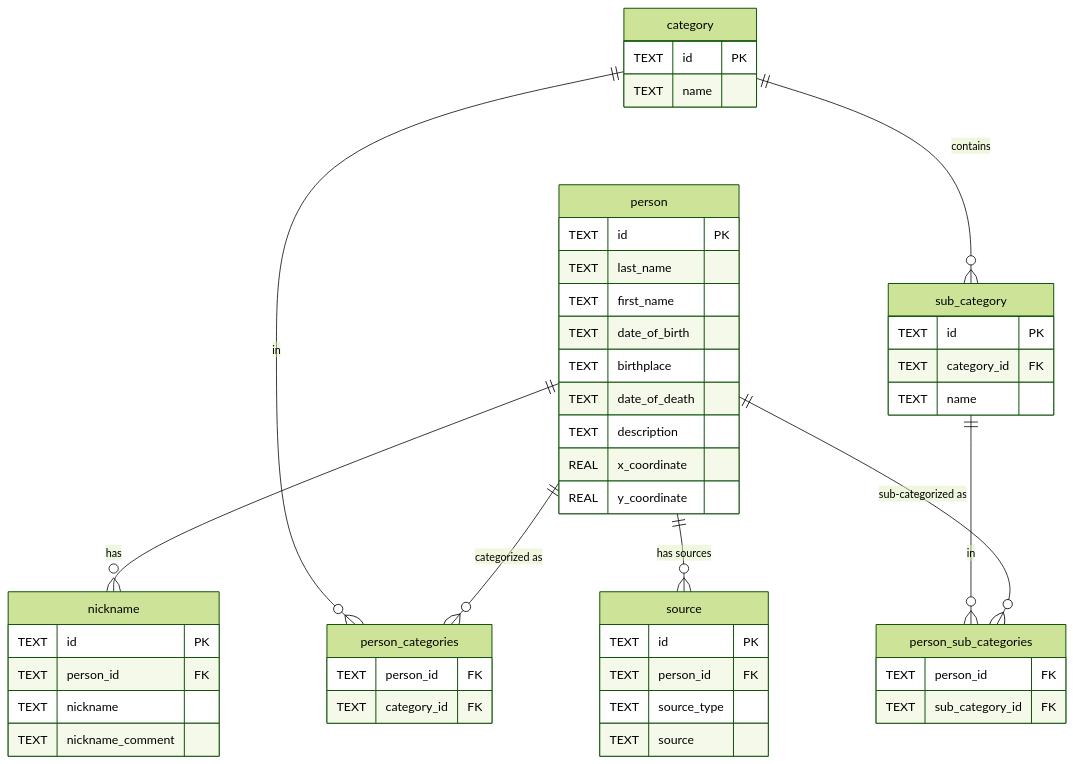
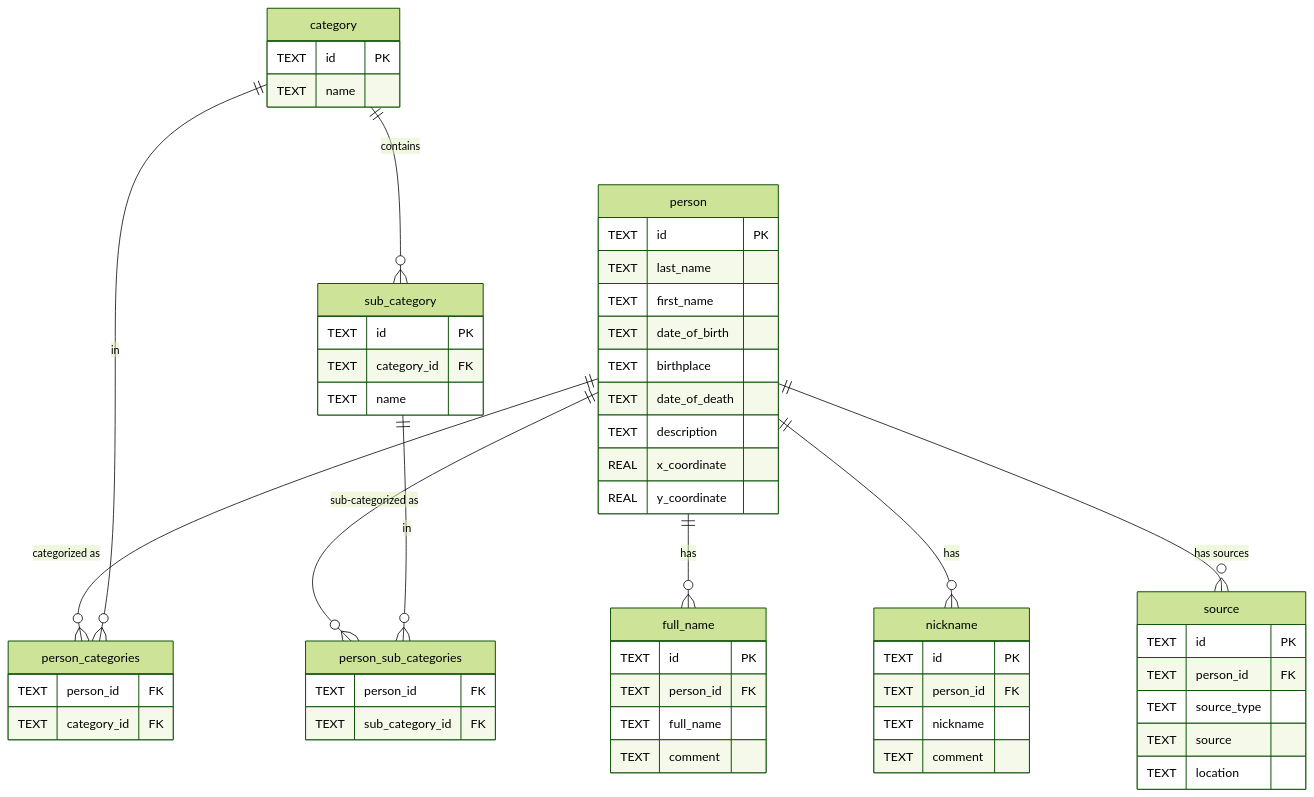
Before and after one commit to mikro-orm/guide: the diagram in README.md, drawn with Mermaid (forest theme). The commit also changed other lines of this file and 22 other files, not shown here.

````diff
--- a/README.md
+++ b/README.md
@@ -81,60 +108,69 @@
 ```mermaid
 erDiagram
     person {
         TEXT id PK
         TEXT last_name
         TEXT first_name
         TEXT date_of_birth
         TEXT birthplace
         TEXT date_of_death
         TEXT description
         REAL x_coordinate
         REAL y_coordinate
     }
 
+    full_name {
+        TEXT id PK
+        TEXT person_id FK
+        TEXT full_name
+        TEXT comment
+    }
+
     nickname {
         TEXT id PK
         TEXT person_id FK
         TEXT nickname
-        TEXT nickname_comment
+        TEXT comment
     }
 
     category {
         TEXT id PK
         TEXT name
     }
 
     sub_category {
         TEXT id PK
         TEXT category_id FK
         TEXT name
     }
 
     person_categories {
         TEXT person_id FK
         TEXT category_id FK
     }
 
     person_sub_categories {
         TEXT person_id FK
         TEXT sub_category_id FK
     }
 
     source {
         TEXT id PK
         TEXT person_id FK
         TEXT source_type
         TEXT source
+        TEXT location
     }
 
 %% Relationships
+    person ||--o{ full_name: "has"
     person ||--o{ nickname: "has"
     person ||--o{ person_categories: "categorized as"
     person ||--o{ person_sub_categories: "sub-categorized as"
     person ||--o{ source: "has sources"
 
     category ||--o{ person_categories: "in"
     sub_category ||--o{ person_sub_categories: "in"
 
     category ||--o{ sub_category: "contains"
 ```
````
